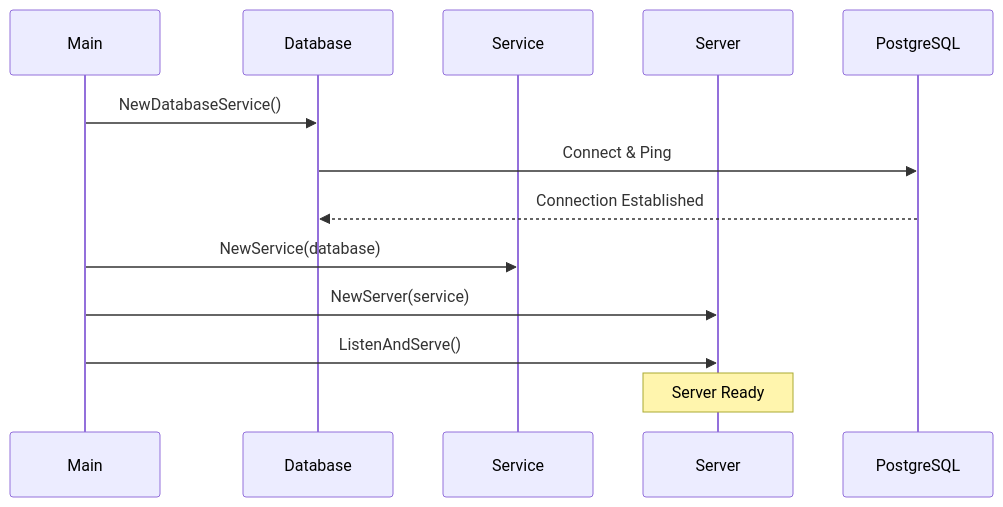
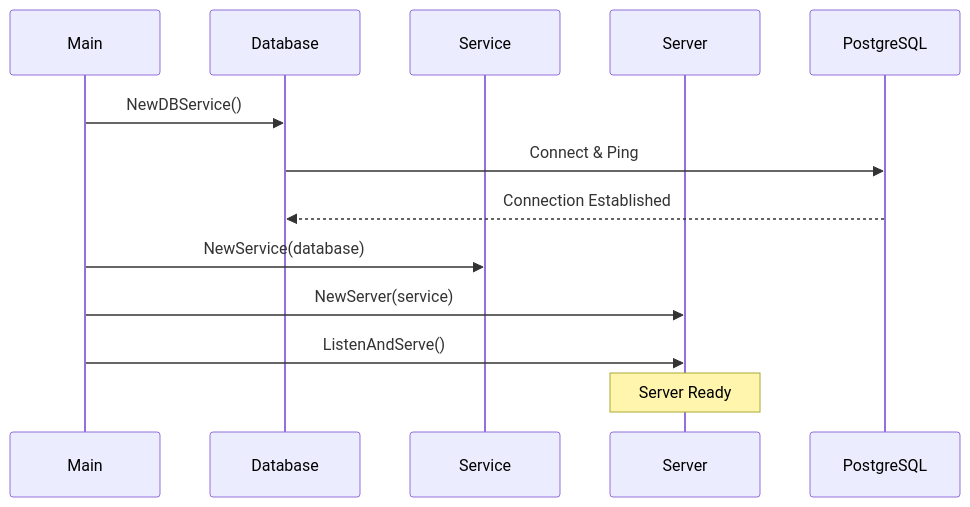
The eighth of 11 diagrams in docs/architecture.md (thara/facility_reservation_go), drawn with Mermaid before and after one commit. The commit also changed 6 other files, not shown here.

Commit message:
:name_badge: Rename DatabaseService

````diff
--- a/docs/architecture.md
+++ b/docs/architecture.md
@@ -278,16 +278,16 @@
 ```mermaid
 sequenceDiagram
     participant Main
     participant Database
     participant Service
     participant Server
     participant PostgreSQL
 
-    Main->>Database: NewDatabaseService()
+    Main->>Database: NewDBService()
     Database->>PostgreSQL: Connect & Ping
     PostgreSQL-->>Database: Connection Established
     Main->>Service: NewService(database)
     Main->>Server: NewServer(service)
     Main->>Server: ListenAndServe()
     Note over Server: Server Ready
 ```
````
